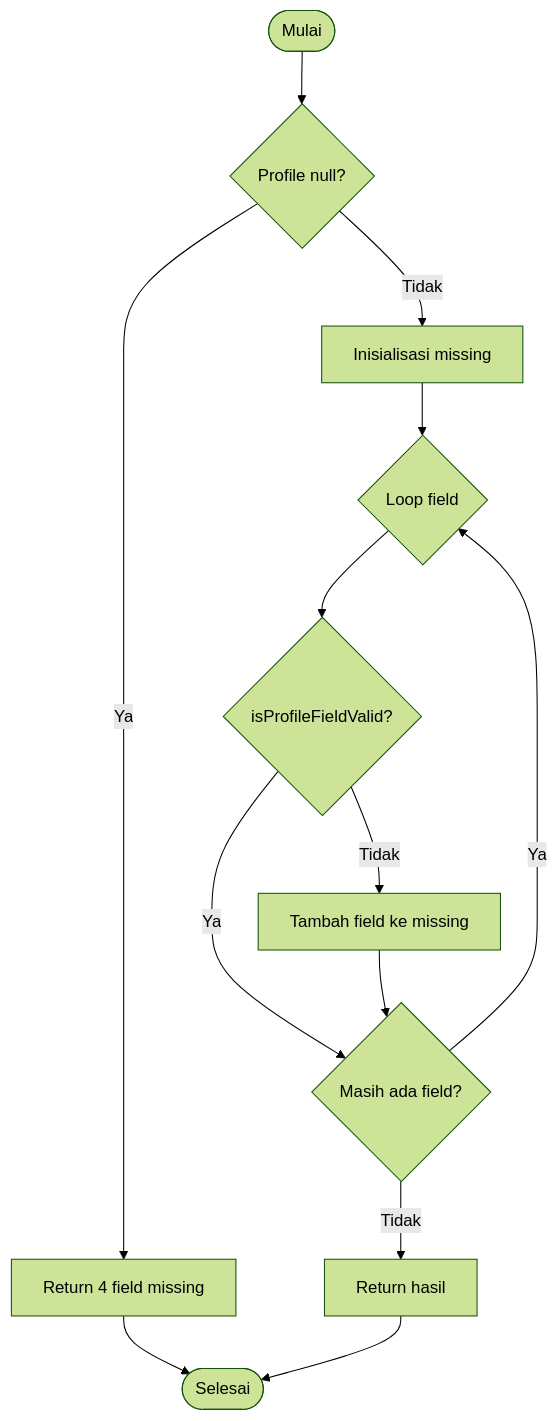
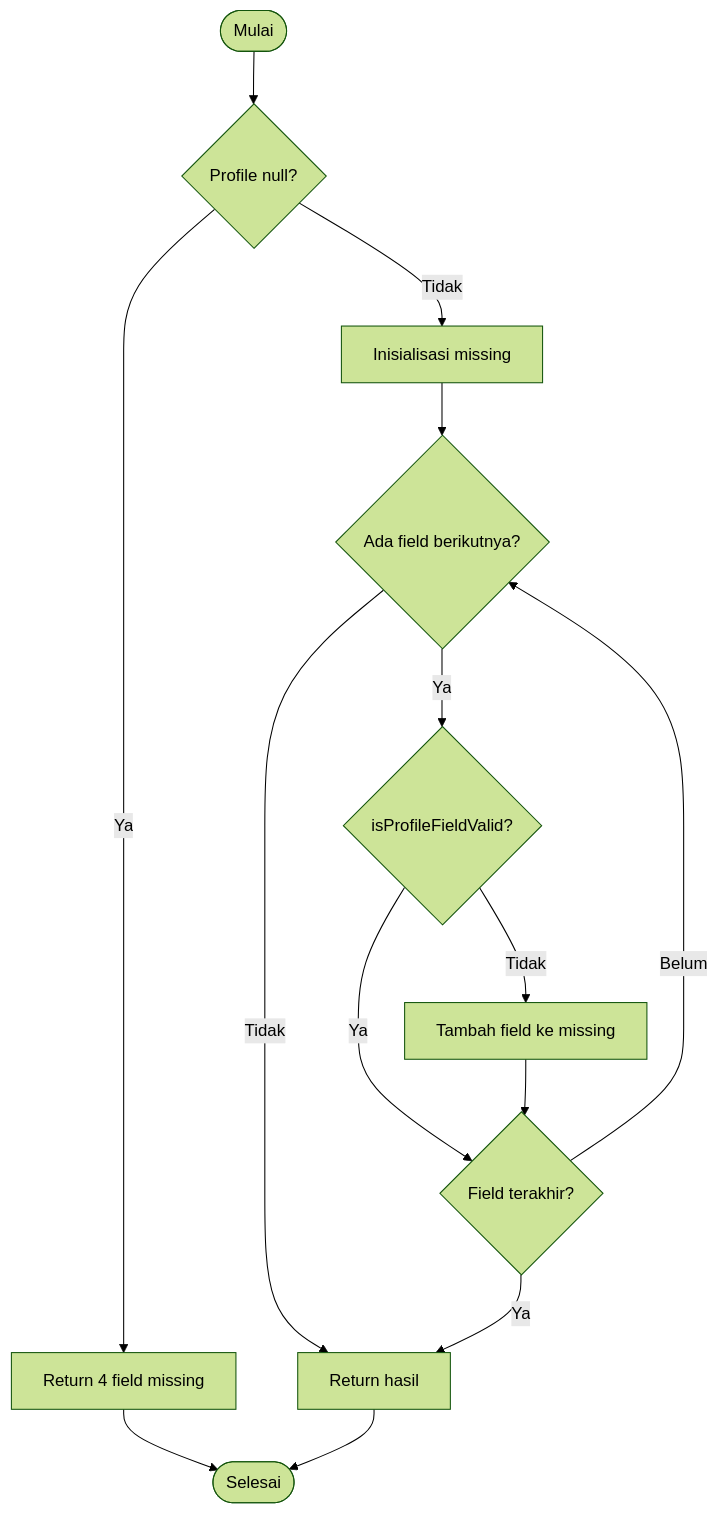
The third of 3 diagrams in docs/03-whitebox-testing.md (heyimteee/rsi-quiz), drawn with Mermaid (forest theme) before and after one commit. The commit also changed other lines of this file and 5 other files, not shown here.

Commit message:
final: reconcile whitebox flowgraph, evidence citations, and submission counts

````diff
--- a/docs/03-whitebox-testing.md
+++ b/docs/03-whitebox-testing.md
@@ -236,13 +239,14 @@
 ```mermaid
 flowchart TD
   S([Mulai]) --> A{Profile null?}
   A -- Ya --> B[Return 4 field missing] --> Z([Selesai])
   A -- Tidak --> C[Inisialisasi missing]
-  C --> D{Loop field}
-  D --> E{isProfileFieldValid?}
+  C --> D{Ada field berikutnya?}
+  D -- Tidak --> H[Return hasil] --> Z
+  D -- Ya --> E{isProfileFieldValid?}
   E -- Tidak --> F[Tambah field ke missing]
-  E -- Ya --> G{Masih ada field?}
+  E -- Ya --> G{Field terakhir?}
   F --> G
-  G -- Ya --> D
-  G -- Tidak --> H[Return hasil] --> Z
+  G -- Belum --> D
+  G -- Ya --> H
 ```
````
